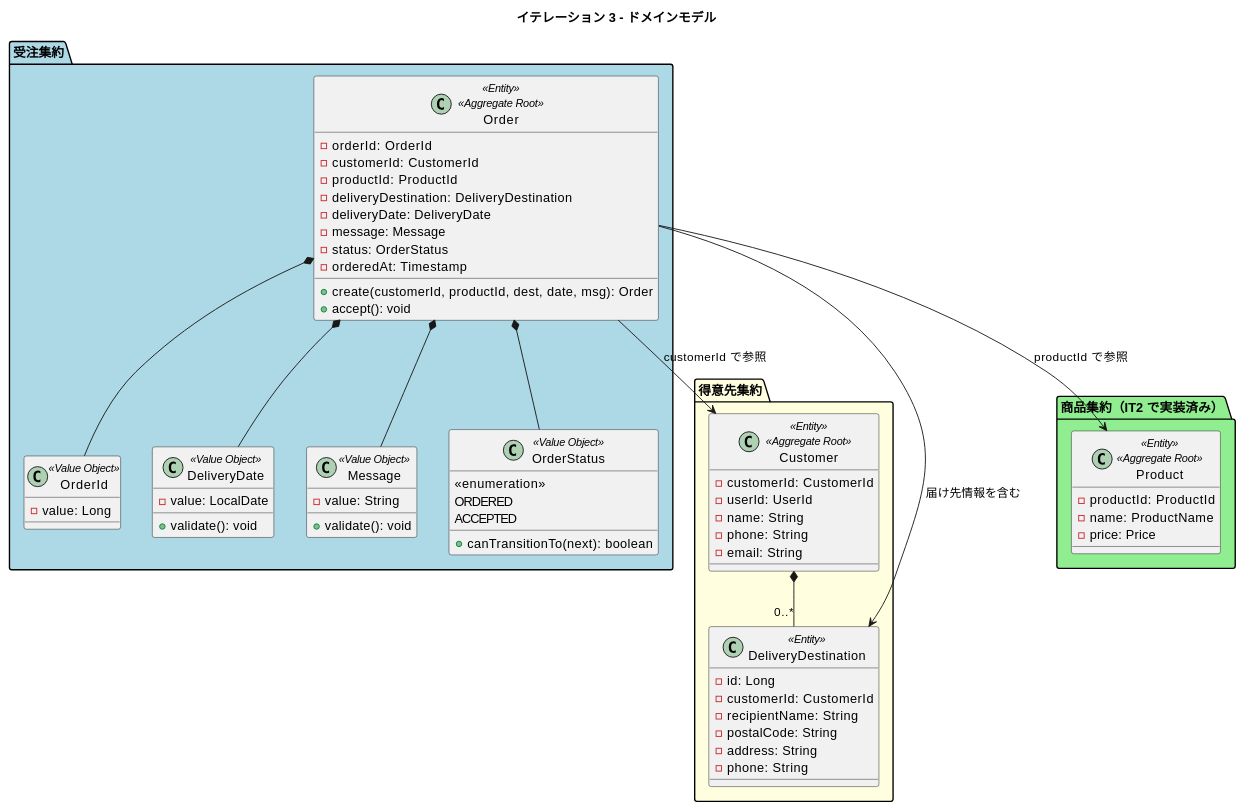
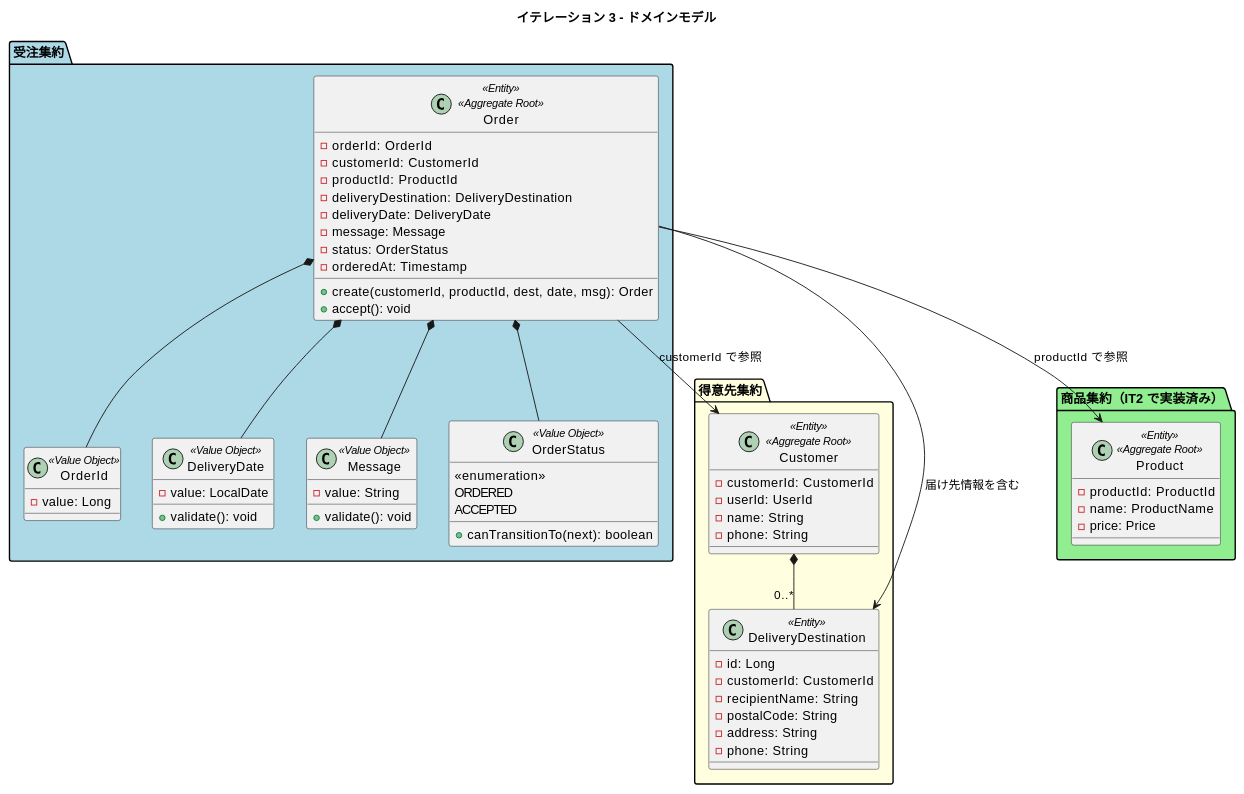
Before and after one commit to k2works/case-study-sdd-development: the third of 6 diagrams in docs/development/iteration_plan-3.md, drawn with PlantUML. The commit also changed other lines of this file and 1 other file, not shown here.

````diff
--- a/docs/development/iteration_plan-3.md
+++ b/docs/development/iteration_plan-3.md
@@ -211,81 +224,80 @@
 ```plantuml
 @startuml
 
 title イテレーション 3 - ドメインモデル
 
 package "受注集約" #lightblue {
   class Order <<Entity>> <<Aggregate Root>> {
     - orderId: OrderId
     - customerId: CustomerId
     - productId: ProductId
     - deliveryDestination: DeliveryDestination
     - deliveryDate: DeliveryDate
     - message: Message
     - status: OrderStatus
     - orderedAt: Timestamp
     + create(customerId, productId, dest, date, msg): Order
     + accept(): void
   }
 
   class OrderId <<Value Object>> {
     - value: Long
   }
 
   class DeliveryDate <<Value Object>> {
     - value: LocalDate
     + validate(): void
     ' 翌日～30日後の範囲チェック
   }
 
   class Message <<Value Object>> {
     - value: String
     + validate(): void
     ' 最大200文字
   }
 
   class OrderStatus <<Value Object>> {
     <<enumeration>>
     ORDERED
     ACCEPTED
     + canTransitionTo(next): boolean
   }
 }
 
 package "得意先集約" #lightyellow {
   class Customer <<Entity>> <<Aggregate Root>> {
     - customerId: CustomerId
     - userId: UserId
     - name: String
     - phone: String
-    - email: String
   }
 
   class DeliveryDestination <<Entity>> {
     - id: Long
     - customerId: CustomerId
     - recipientName: String
     - postalCode: String
     - address: String
     - phone: String
   }
 }
 
 package "商品集約（IT2 で実装済み）" #lightgreen {
   class Product <<Entity>> <<Aggregate Root>> {
     - productId: ProductId
     - name: ProductName
     - price: Price
   }
 }
 
 Order *-- OrderId
 Order *-- DeliveryDate
 Order *-- Message
 Order *-- OrderStatus
 Order --> Customer : customerId で参照
 Order --> Product : productId で参照
 Order --> DeliveryDestination : 届け先情報を含む
 Customer *-- "0..*" DeliveryDestination
 
 @enduml
 ```
````
